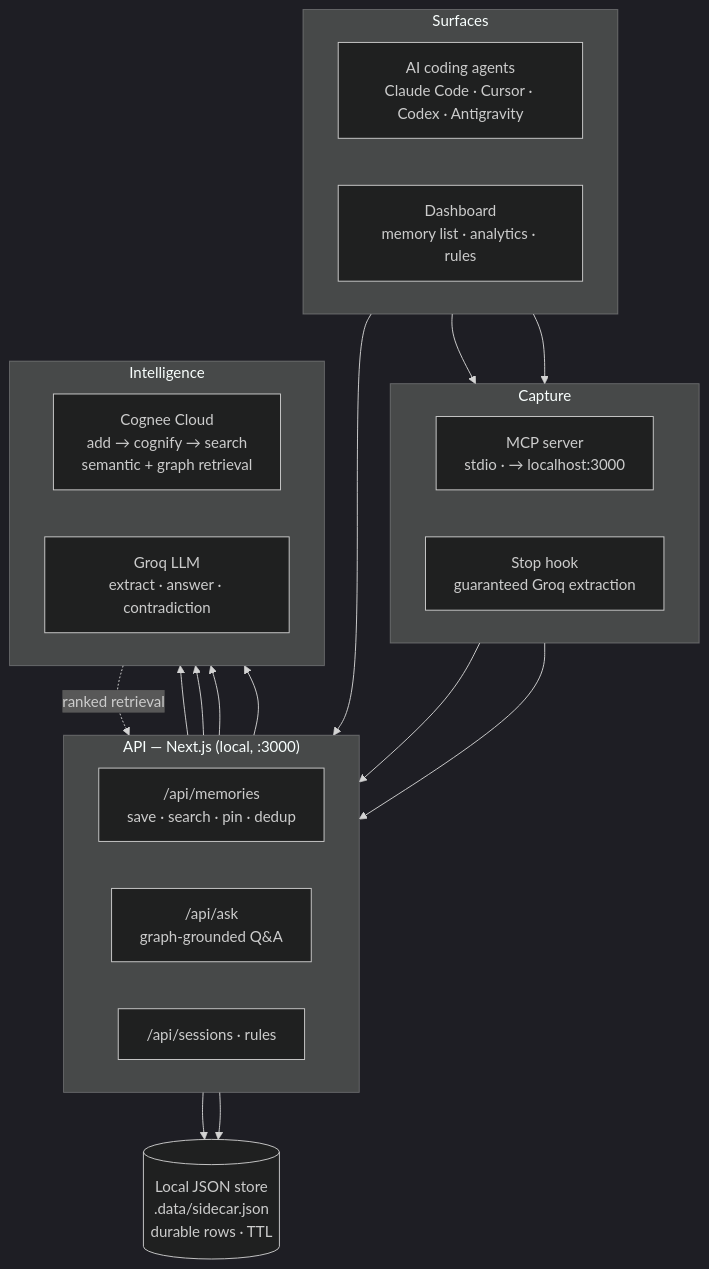
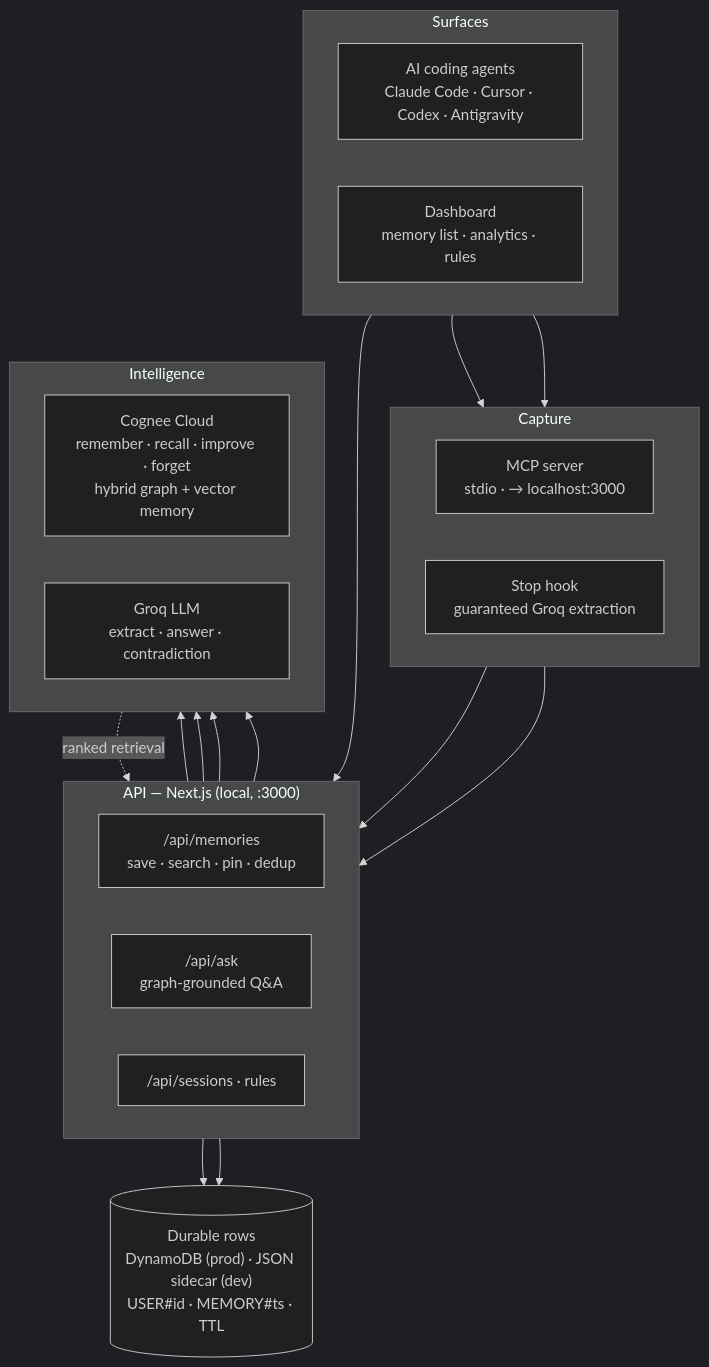
One commit to ayushraj-byte/Cognee-Imprint changed the diagram in README.md. Above: the diagram before and after it, drawn with Mermaid (dark theme). The commit also changed other lines of this file and 2 other files, not shown here.

First line of the commit message:
feat(cognee): migrate to remember/recall/improve/forget lifecycle; align README to production + hackathon

````diff
--- a/README.md
+++ b/README.md
@@ -79,42 +81,42 @@
 ```mermaid
 flowchart TB
   subgraph SURF["Surfaces"]
     direction LR
     IDE["AI coding agents<br/>Claude Code · Cursor · Codex · Antigravity"]
     DASH["Dashboard<br/>memory list · analytics · rules"]
   end
 
   subgraph CAP["Capture"]
     direction LR
     MCP["MCP server<br/>stdio · → localhost:3000"]
     HOOK["Stop hook<br/>guaranteed Groq extraction"]
   end
 
   subgraph API["API — Next.js (local, :3000)"]
     direction LR
     MEM["/api/memories<br/>save · search · pin · dedup"]
     ASK["/api/ask<br/>graph-grounded Q&amp;A"]
     SESS["/api/sessions · rules"]
   end
 
   subgraph INTEL["Intelligence"]
     direction LR
-    COG["Cognee Cloud<br/>add → cognify → search<br/>semantic + graph retrieval"]
+    COG["Cognee Cloud<br/>remember · recall · improve · forget<br/>hybrid graph + vector memory"]
     GROQ["Groq LLM<br/>extract · answer · contradiction"]
   end
 
-  STORE[("Local JSON store<br/>.data/sidecar.json<br/>durable rows · TTL")]
+  STORE[("Durable rows<br/>DynamoDB (prod) · JSON sidecar (dev)<br/>USER#id · MEMORY#ts · TTL")]
 
   IDE --> MCP
   IDE --> HOOK
   DASH --> MEM
   MCP --> MEM
   HOOK --> MEM
   MEM --> GROQ
   MEM --> COG
   ASK --> COG
   ASK --> GROQ
   MEM --> STORE
   SESS --> STORE
   COG -. ranked retrieval .-> MEM
 ```
````
